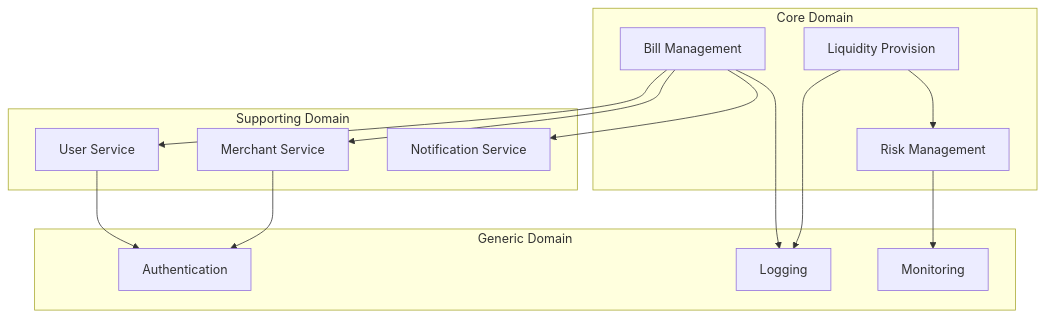
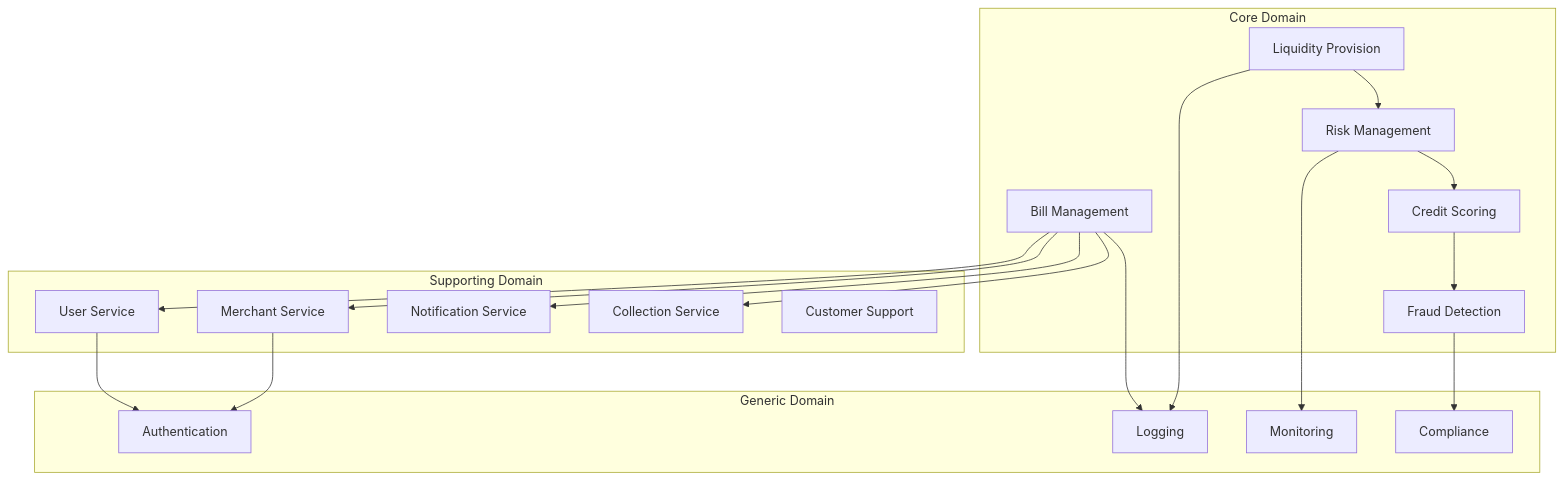
One commit to lumenlater/lumen-later changed the fifth of 19 diagrams in docs/architecture/system-architecture.md. Above: the diagram before and after it, drawn with Mermaid. The commit also changed other lines of this file, not shown here.

Commit message:
docs: add risk management, compliance, and customer support architecture sections

````diff
--- a/docs/architecture/system-architecture.md
+++ b/docs/architecture/system-architecture.md
@@ -369,30 +369,39 @@
 ```mermaid
 graph TD
     subgraph "Core Domain"
         BM[Bill Management]
         LP[Liquidity Provision]
         RM[Risk Management]
+        CS[Credit Scoring]
+        FD[Fraud Detection]
     end
 
     subgraph "Supporting Domain"
         US[User Service]
         MS[Merchant Service]
         NS[Notification Service]
+        COL[Collection Service]
+        SUP[Customer Support]
     end
 
     subgraph "Generic Domain"
         AU[Authentication]
         LG[Logging]
         MN[Monitoring]
+        COMP[Compliance]
     end
 
     BM --> US
     BM --> MS
     LP --> RM
     BM --> NS
+    RM --> CS
+    CS --> FD
+    BM --> COL
     US --> AU
     MS --> AU
     BM --> LG
     LP --> LG
     RM --> MN
+    FD --> COMP
 ```
````
